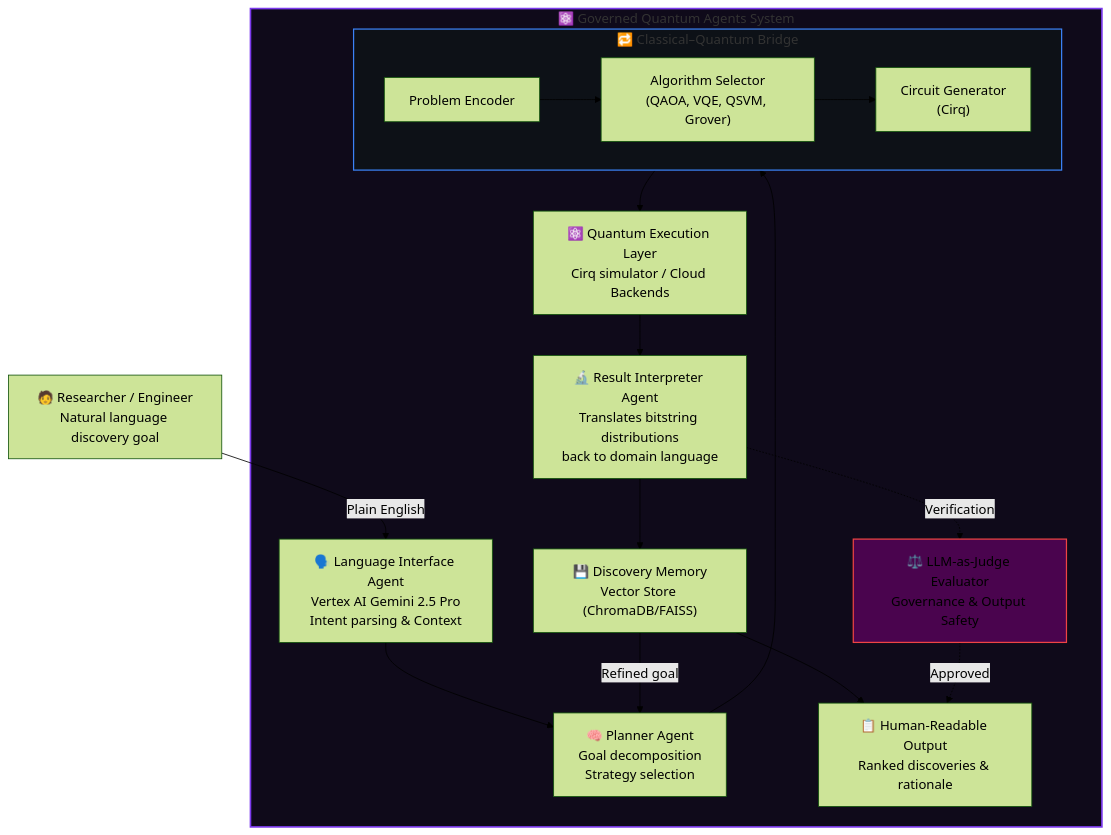
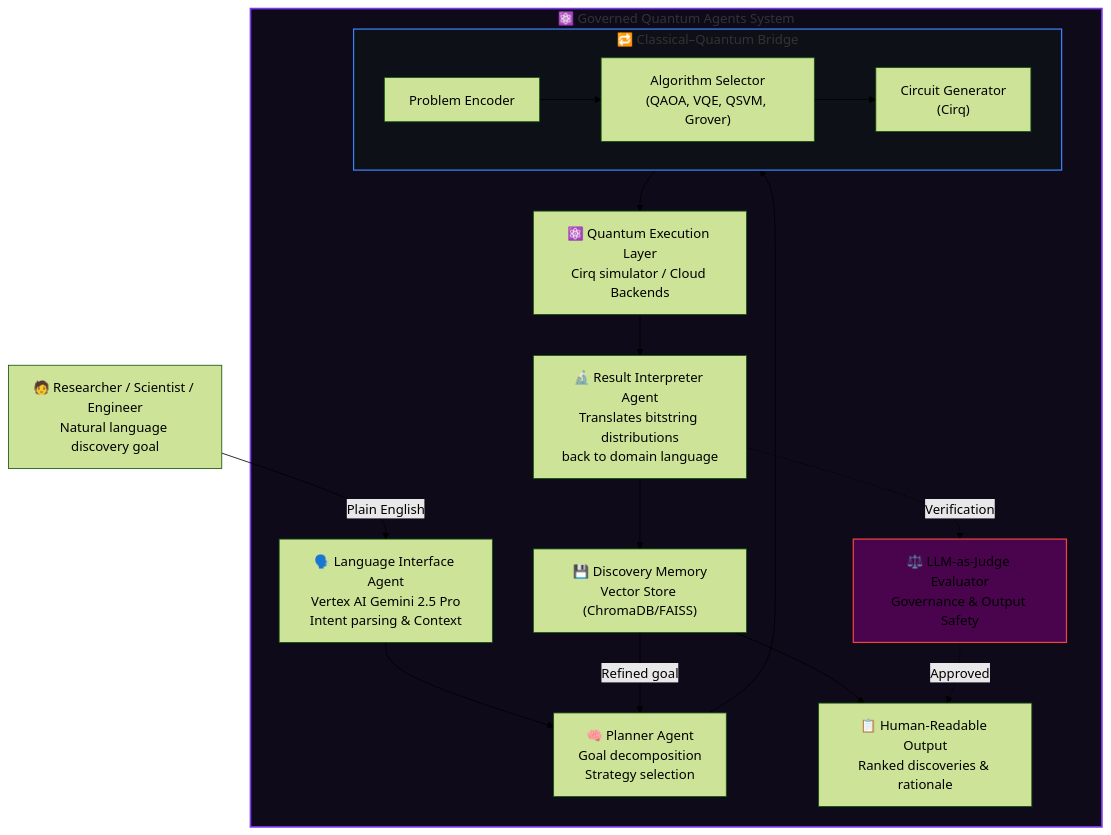
The diagram in README.md (AI-Governance-Lab/governed-quantum-agents), drawn with Mermaid (forest theme) before and after one commit. The commit also changed other lines of this file, not shown here.

````diff
--- a/README.md
+++ b/README.md
@@ -49,48 +50,48 @@
 ```mermaid
 graph TB
-    USER["🧑 Researcher / Engineer\nNatural language discovery goal"]
+    USER["🧑 Researcher / Scientist / Engineer\nNatural language discovery goal"]
     USER -->|"Plain English"| LANG
 
     subgraph GQA ["⚛️ Governed Quantum Agents System"]
 
         LANG["🗣️ Language Interface Agent\nVertex AI Gemini 2.5 Pro\nIntent parsing & Context"]
         LANG --> PLANNER
 
         PLANNER["🧠 Planner Agent\nGoal decomposition\nStrategy selection"]
 
         PLANNER --> BRIDGE
 
         subgraph BRIDGE ["🔁 Classical–Quantum Bridge"]
             direction LR
             PROB["Problem Encoder"]
             ALG["Algorithm Selector\n(QAOA, VQE, QSVM, Grover)"]
             CIRC["Circuit Generator\n(Cirq)"]
             PROB --> ALG --> CIRC
         end
 
         BRIDGE --> QEX
 
         QEX["⚛️ Quantum Execution Layer\nCirq simulator / Cloud Backends"]
 
         QEX --> INTERP
 
         INTERP["🔬 Result Interpreter Agent\nTranslates bitstring distributions\nback to domain language"]
 
         INTERP --> MEM
 
         MEM["💾 Discovery Memory\nVector Store (ChromaDB/FAISS)"]
-        
+
         MEM -->|"Refined goal"| PLANNER
         MEM --> OUT
-        
+
         JUDGE["⚖️ LLM-as-Judge Evaluator\nGovernance & Output Safety"]
         INTERP -.->|"Verification"| JUDGE
         JUDGE -.->|"Approved"| OUT
     end
 
     OUT["📋 Human-Readable Output\nRanked discoveries & rationale"]
 
     style GQA fill:#0F0A1A,stroke:#7C3AED,stroke-width:2px
     style BRIDGE fill:#0D1117,stroke:#3B82F6,stroke-width:1.5px
     style JUDGE fill:#4A044E,stroke:#EF4444,stroke-width:1.5px
 ```
````
